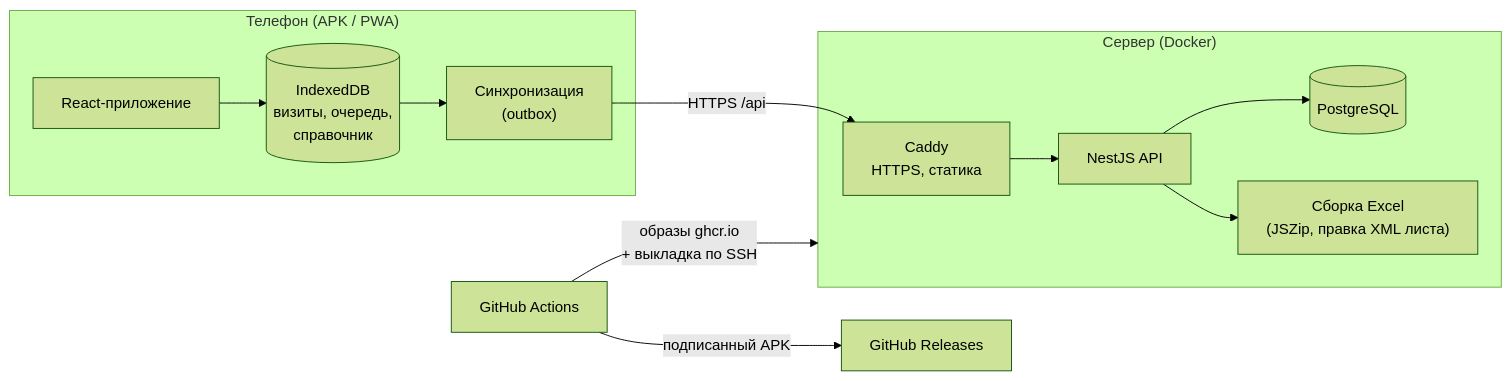
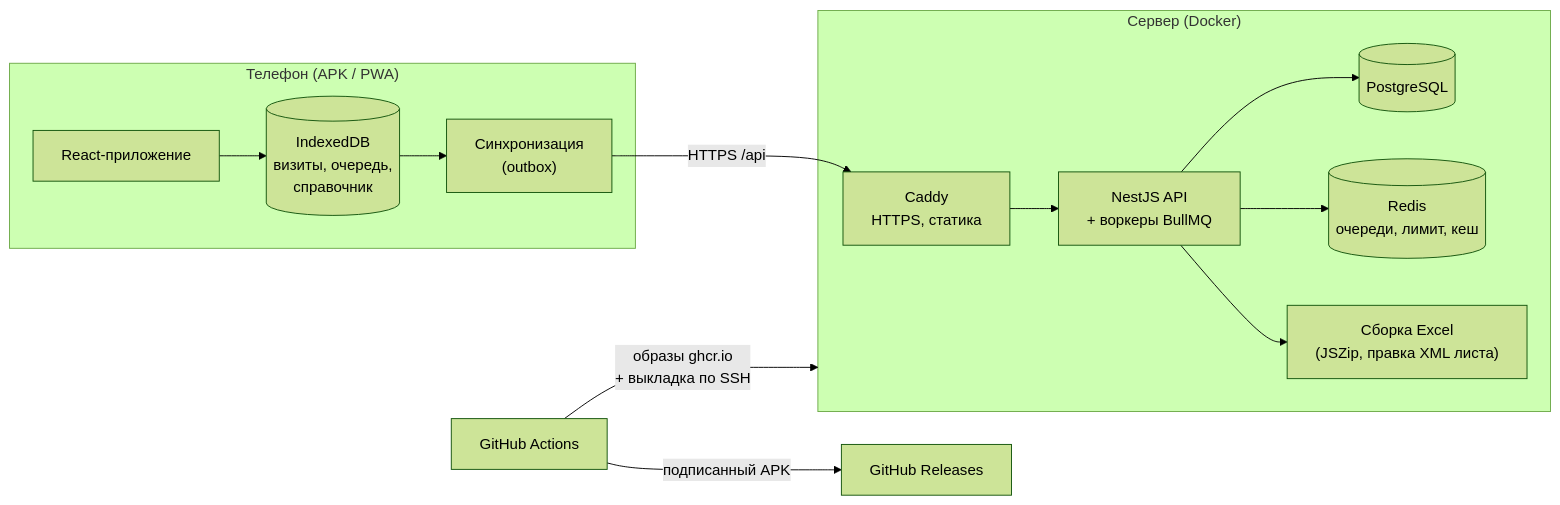
The diagram in README.ru.md (Dqnial/mp-report), drawn with Mermaid (forest theme) before and after one commit. The commit also changed other lines of this file and 60 other files, not shown here.

First line of the commit message:
feat: Redis, BullMQ queues, login rate limit, report cache, Swagger, E2E

````diff
--- a/README.ru.md
+++ b/README.ru.md
@@ -62,15 +64,16 @@
 ```mermaid
 flowchart LR
   subgraph Phone["Телефон (APK / PWA)"]
     UI["React-приложение"] --> IDB[("IndexedDB<br/>визиты, очередь,<br/>справочник")]
     IDB --> Sync["Синхронизация<br/>(outbox)"]
   end
   Sync -- "HTTPS /api" --> Caddy
   subgraph Server["Сервер (Docker)"]
-    Caddy["Caddy<br/>HTTPS, статика"] --> API["NestJS API"]
+    Caddy["Caddy<br/>HTTPS, статика"] --> API["NestJS API<br/>+ воркеры BullMQ"]
     API --> PG[("PostgreSQL")]
+    API --> RD[("Redis<br/>очереди, лимит, кеш")]
     API --> XLSX["Сборка Excel<br/>(JSZip, правка XML листа)"]
   end
   CI["GitHub Actions"] -- "образы ghcr.io<br/>+ выкладка по SSH" --> Server
   CI -- "подписанный APK" --> Releases["GitHub Releases"]
 ```
````
